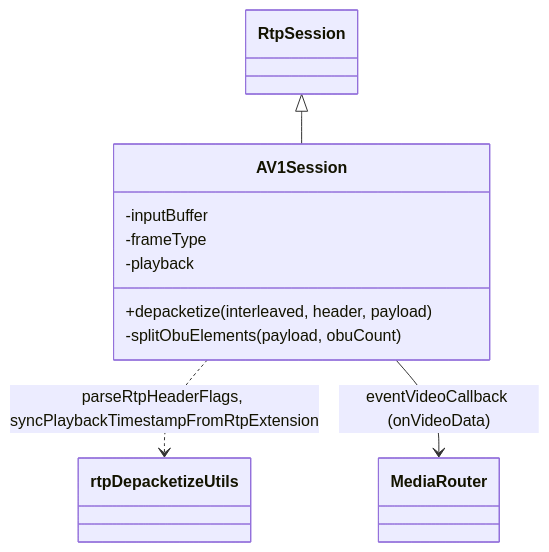
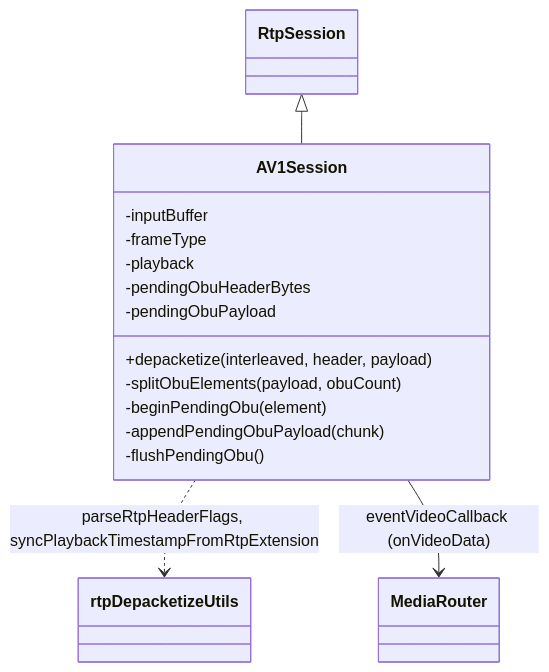
Diagram 17 of 27 in docs/player/03-mediaSession-core-video.md (melchi45/rtsp-over-websocket), drawn with Mermaid before and after one commit. The commit also changed other lines of this file and 3 other files, not shown here.

````diff
--- a/docs/player/03-mediaSession-core-video.md
+++ b/docs/player/03-mediaSession-core-video.md
@@ -1071,13 +1111,18 @@
 ```mermaid
 classDiagram
     class AV1Session {
         -inputBuffer
         -frameType
         -playback
+        -pendingObuHeaderBytes
+        -pendingObuPayload
         +depacketize(interleaved, header, payload)
         -splitObuElements(payload, obuCount)
+        -beginPendingObu(element)
+        -appendPendingObuPayload(chunk)
+        -flushPendingObu()
     }
     RtpSession <|-- AV1Session
     AV1Session ..> rtpDepacketizeUtils : parseRtpHeaderFlags, syncPlaybackTimestampFromRtpExtension
     AV1Session --> MediaRouter : eventVideoCallback (onVideoData)
 ```
````
